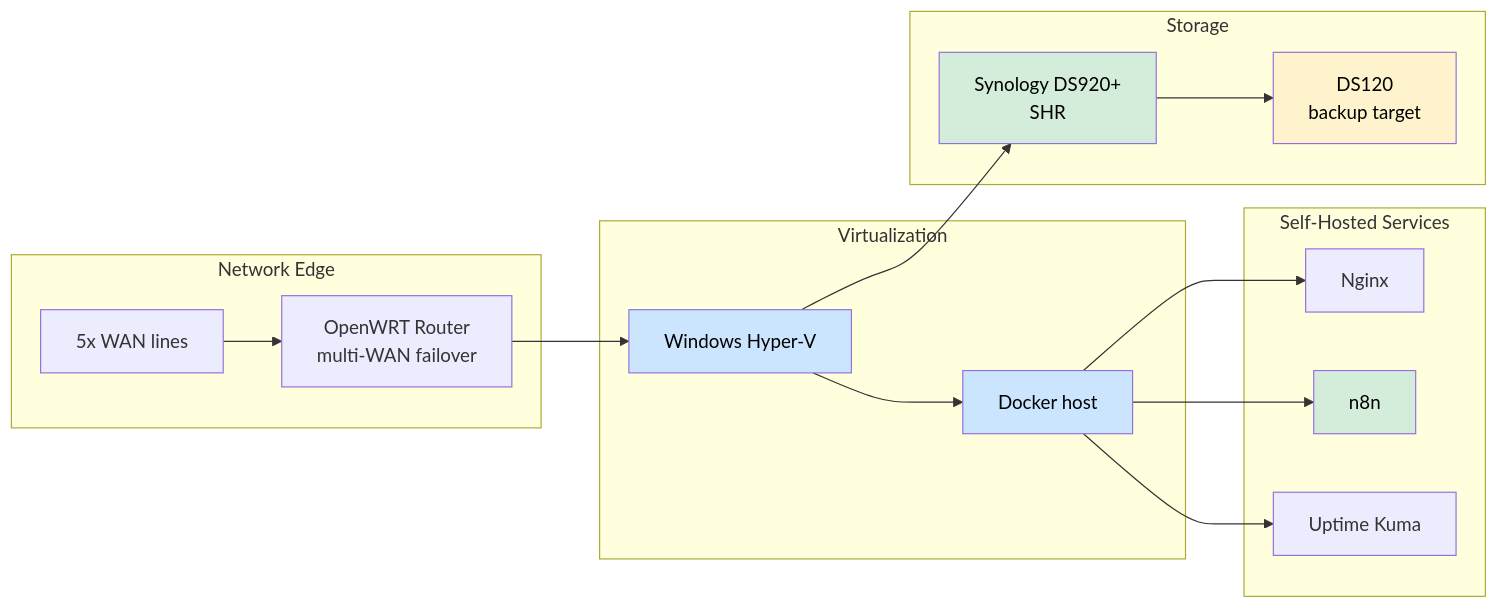
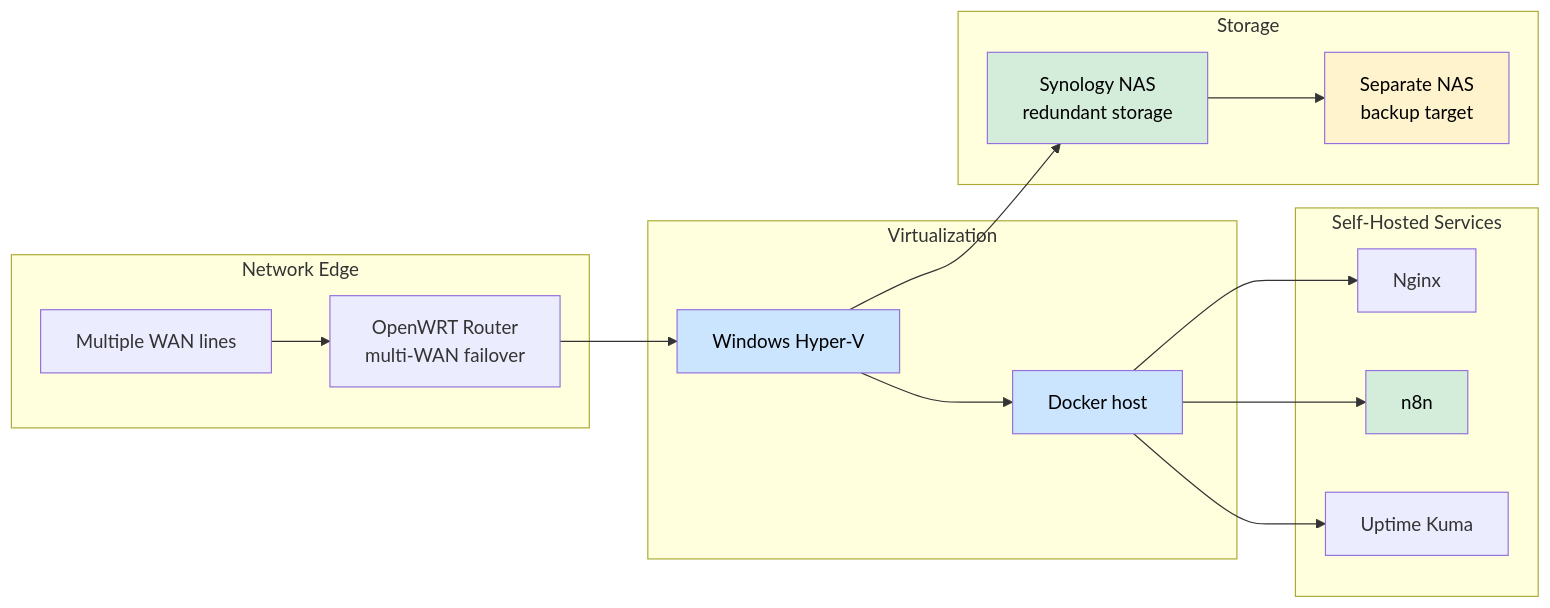
Before and after one commit to alanfong93/alanfong93: the sixth of 7 diagrams in README.md, drawn with Mermaid. The commit also changed other lines of this file, not shown here.

````diff
--- a/README.md
+++ b/README.md
@@ -151,24 +161,24 @@
 ```mermaid
 flowchart LR
     subgraph Edge[Network Edge]
-        WAN[5x WAN lines] --> RTR[OpenWRT Router<br>multi-WAN failover]
+        WAN[Multiple WAN lines] --> RTR[OpenWRT Router<br>multi-WAN failover]
     end
     subgraph Virt[Virtualization]
         PVE[Windows Hyper-V] --> DOCK[Docker host]
     end
     subgraph Svc[Self-Hosted Services]
         DOCK --> RP[Nginx]
         DOCK --> N8N[n8n]
         DOCK --> MON[Uptime Kuma]
     end
     subgraph Store[Storage]
-        NAS[Synology DS920+<br>SHR] --> BAK[DS120<br>backup target]
+        NAS[Synology NAS<br>redundant storage] --> BAK[Separate NAS<br>backup target]
     end
     RTR --> PVE
     PVE --> NAS
     style PVE fill:#cce5ff,color:#000
     style DOCK fill:#cce5ff,color:#000
     style N8N fill:#d4edda,color:#000
     style NAS fill:#d4edda,color:#000
     style BAK fill:#fff3cd,color:#000
 ```
````
